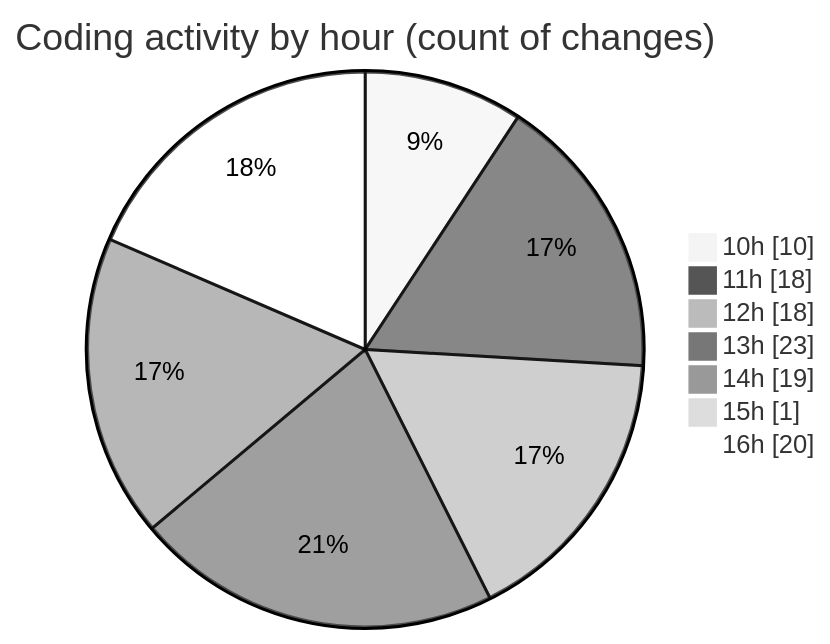
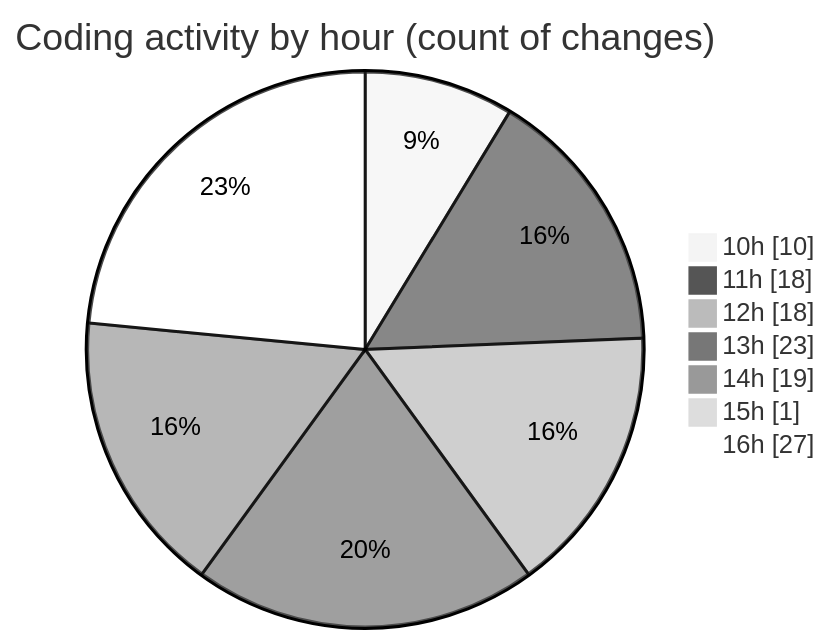
The second of 2 diagrams in 2025-07-14/cda/README.md (momahboobian/code-tracking), drawn with Mermaid (neutral theme) before and after one commit. The commit also changed other lines of this file and 1 other file, not shown here.

````diff
--- a/2025-07-14/cda/README.md
+++ b/2025-07-14/cda/README.md
@@ -39,11 +39,11 @@
 ```mermaid
 pie showData
 title Coding activity by hour (count of changes)
 "10h" : 10
 "11h" : 18
 "12h" : 18
 "13h" : 23
 "14h" : 19
 "15h" : 1
-"16h" : 20
+"16h" : 27
 ```
````
